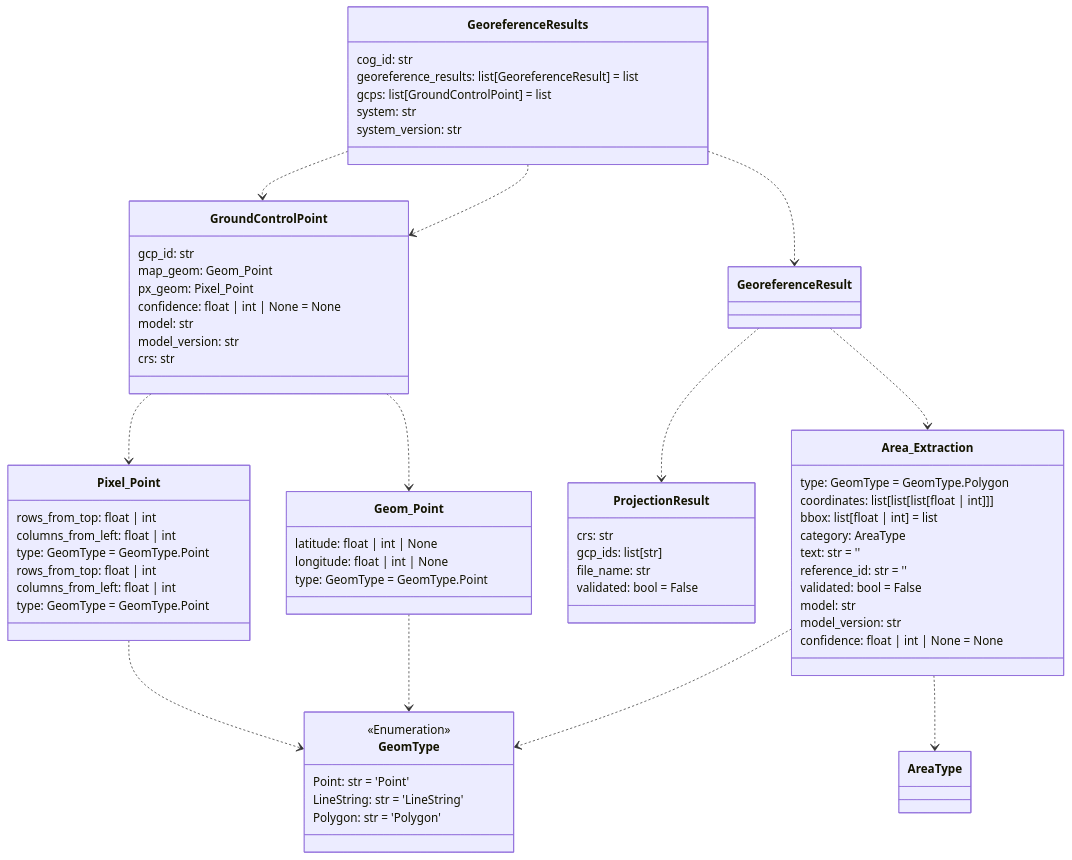
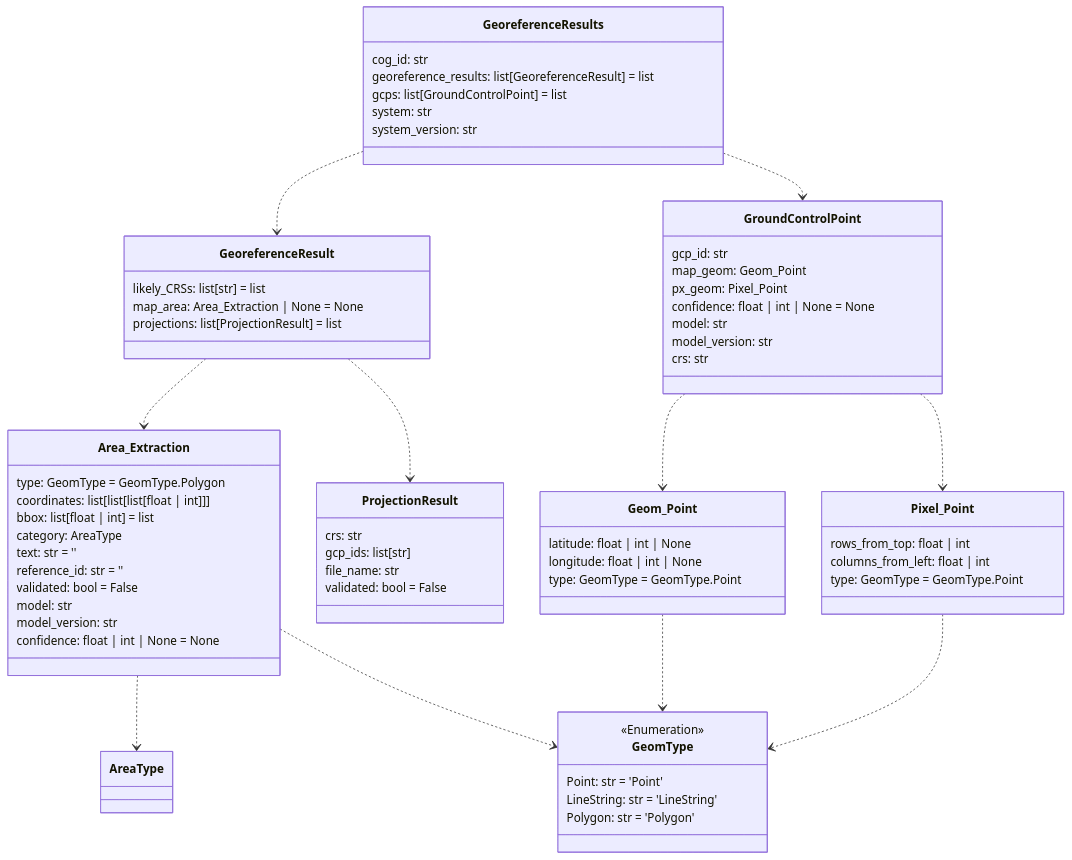
The second of 14 diagrams in README.md (DARPA-CRITICALMAAS/cdr_schemas), drawn with Mermaid before and after one commit. The commit also changed other lines of this file and 1 other file, not shown here.

````diff
--- a/README.md
+++ b/README.md
@@ -124,80 +117,79 @@
 ```mermaid
 classDiagram
 
-    class Geom_Point {
-        latitude: float | int | None
-        longitude: float | int | None
-        type: GeomType = GeomType.Point
+    class GeoreferenceResults {
+        cog_id: str
+        georeference_results: list[GeoreferenceResult] = list
+        gcps: list[GroundControlPoint] = list
+        system: str
+        system_version: str
     }
 
     class GeomType {
         <<Enumeration>>
         Point: str = 'Point'
         LineString: str = 'LineString'
         Polygon: str = 'Polygon'
     }
 
-    class Pixel_Point {
-        rows_from_top: float | int
-        columns_from_left: float | int
-        type: GeomType = GeomType.Point
-    }
-
-    class GeoreferenceResults {
-        cog_id: str
-        georeference_results: list[GeoreferenceResult] = list
-        gcps: list[GroundControlPoint] = list
-        system: str
-        system_version: str
-    }
-
-    class GroundControlPoint {
-        gcp_id: str
-        map_geom: Geom_Point
-        px_geom: Pixel_Point
-        confidence: float | int | None = None
-        model: str
-        model_version: str
-        crs: str
+    class GeoreferenceResult {
+        likely_CRSs: list[str] = list
+        map_area: Area_Extraction | None = None
+        projections: list[ProjectionResult] = list
     }
 
     class Pixel_Point {
         rows_from_top: float | int
         columns_from_left: float | int
         type: GeomType = GeomType.Point
     }
 
     class ProjectionResult {
         crs: str
         gcp_ids: list[str]
         file_name: str
         validated: bool = False
     }
 
+    class Geom_Point {
+        latitude: float | int | None
+        longitude: float | int | None
+        type: GeomType = GeomType.Point
+    }
+
     class Area_Extraction {
         type: GeomType = GeomType.Polygon
         coordinates: list[list[list[float | int]]]
         bbox: list[float | int] = list
         category: AreaType
         text: str = ''
         reference_id: str = ''
         validated: bool = False
         model: str
         model_version: str
         confidence: float | int | None = None
     }
 
+    class GroundControlPoint {
+        gcp_id: str
+        map_geom: Geom_Point
+        px_geom: Pixel_Point
+        confidence: float | int | None = None
+        model: str
+        model_version: str
+        crs: str
+    }
+
+    Area_Extraction ..> AreaType
     Area_Extraction ..> GeomType
-    Area_Extraction ..> AreaType
     Geom_Point ..> GeomType
     Pixel_Point ..> GeomType
+    GroundControlPoint ..> Pixel_Point
     GroundControlPoint ..> Geom_Point
-    GroundControlPoint ..> Pixel_Point
+    GeoreferenceResult ..> Area_Extraction
     GeoreferenceResult ..> ProjectionResult
-    GeoreferenceResult ..> Area_Extraction
-    GeoreferenceResults ..> GroundControlPoint
     GeoreferenceResults ..> GeoreferenceResult
     GeoreferenceResults ..> GroundControlPoint
 
 
 ```
````
